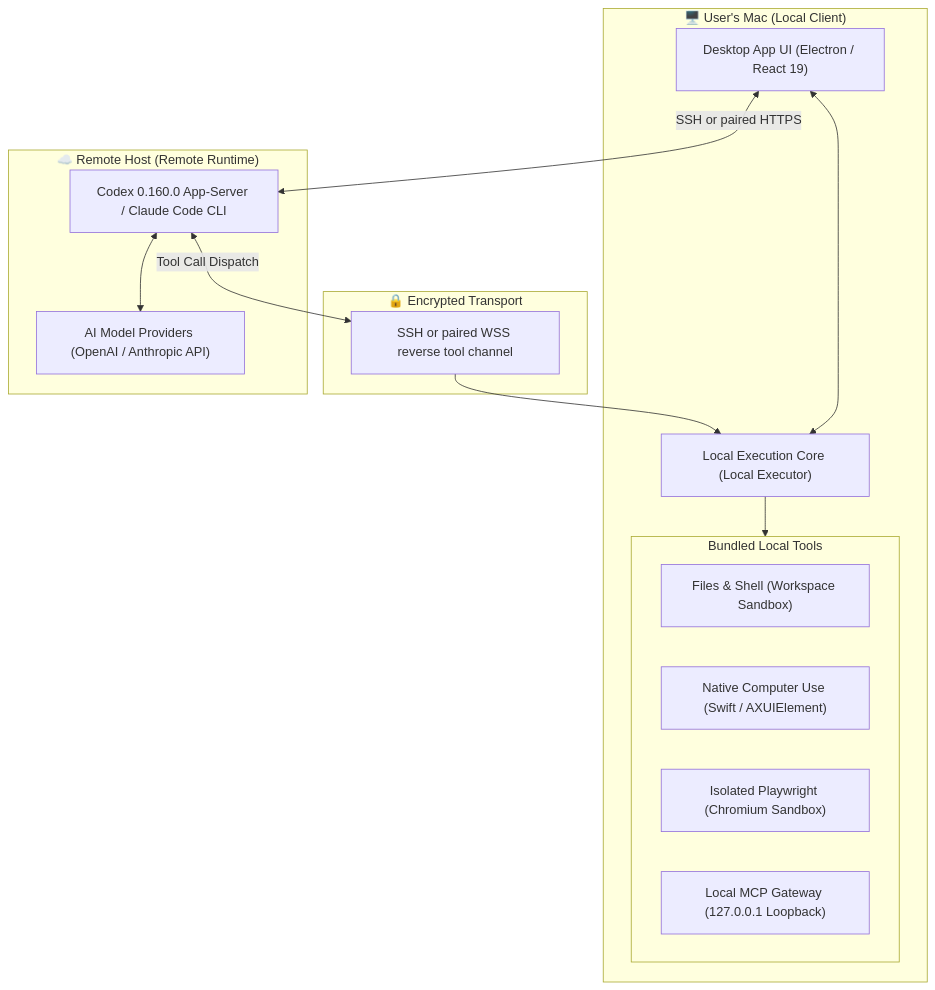
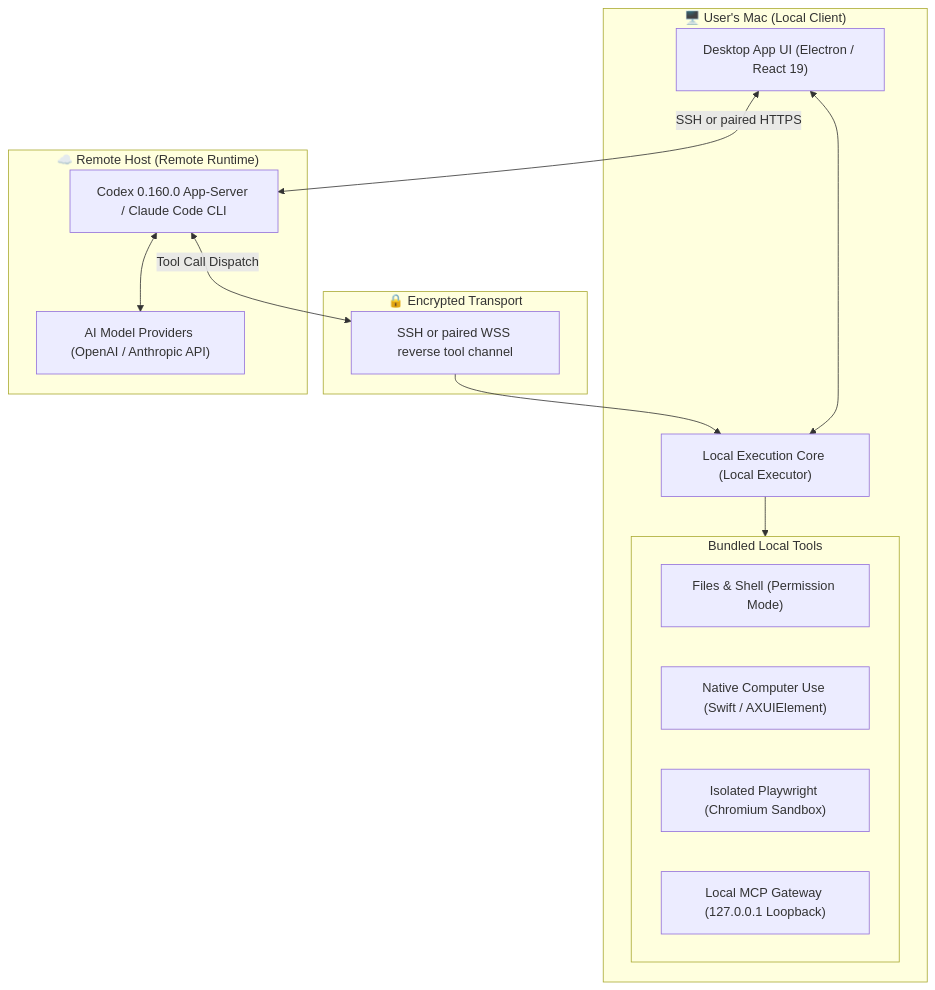
One commit to iancheng64-cmd/AgentBridgeStudio changed the diagram in README_EN.md. Above: the diagram before and after it, drawn with Mermaid. The commit also changed other lines of this file and 33 other files, not shown here.

````diff
--- a/README_EN.md
+++ b/README_EN.md
@@ -30,30 +40,30 @@
 ```mermaid
 flowchart TD
     subgraph Local["🖥️ User's Mac (Local Client)"]
         UI["Desktop App UI (Electron / React 19)"]
         Core["Local Execution Core (Local Executor)"]
         
         subgraph Tools["Bundled Local Tools"]
-            FS["Files & Shell (Workspace Sandbox)"]
+            FS["Files & Shell (Permission Mode)"]
             CU["Native Computer Use (Swift / AXUIElement)"]
             Browser["Isolated Playwright (Chromium Sandbox)"]
             MCPGateway["Local MCP Gateway (127.0.0.1 Loopback)"]
         end
         
         UI <--> Core
         Core --> Tools
     end
 
     subgraph Tunnel["🔒 Encrypted Transport"]
         SSH["SSH or paired WSS reverse tool channel"]
     end
 
     subgraph Remote["☁️ Remote Host (Remote Runtime)"]
         Daemon["Codex 0.160.0 App-Server / Claude Code CLI"]
         LLM["AI Model Providers (OpenAI / Anthropic API)"]
         Daemon <--> LLM
     end
 
     UI <-- SSH or paired HTTPS --> Daemon
     Daemon <-- Tool Call Dispatch --> SSH --> Core
 ```
````
